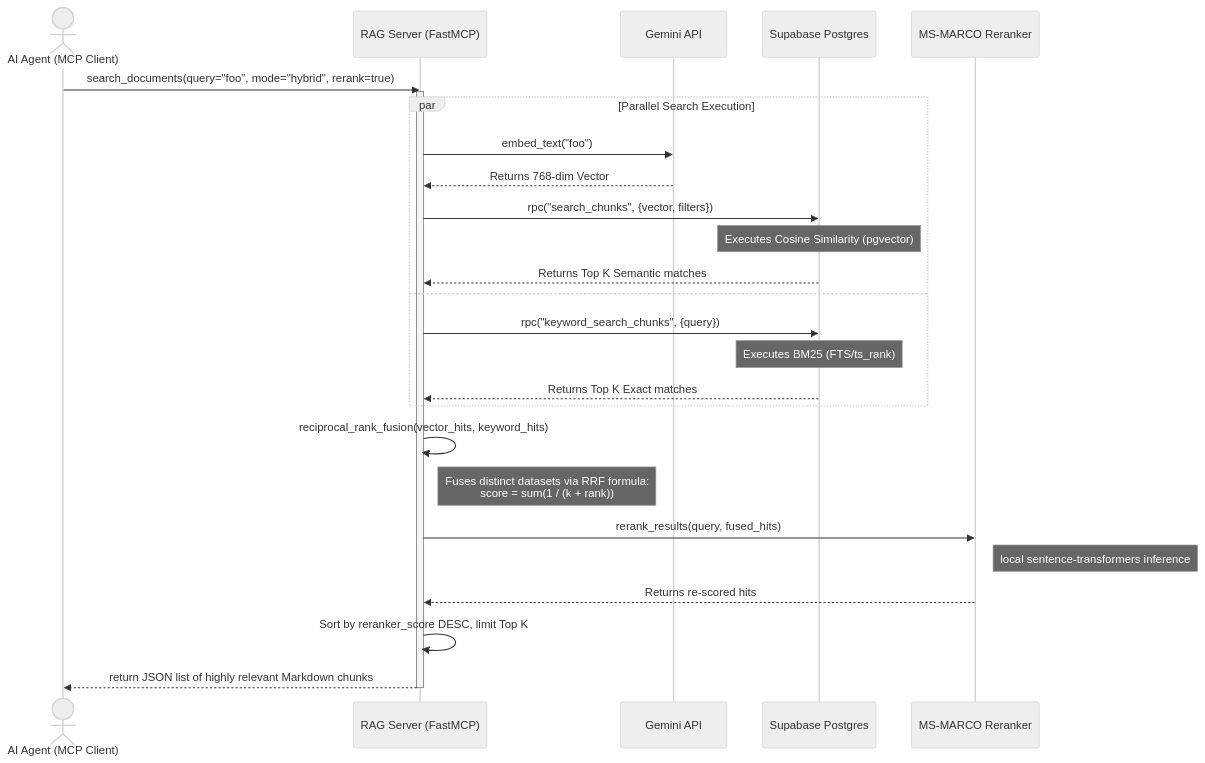
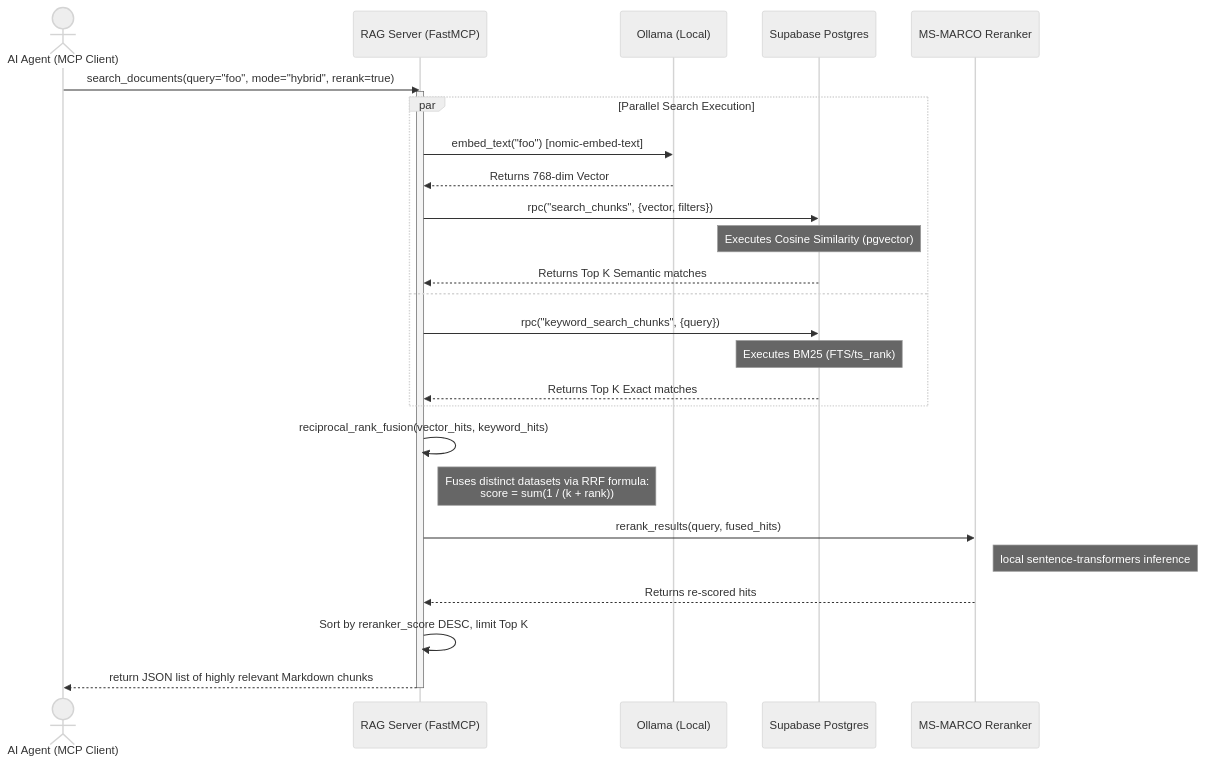
Before and after one commit to salehloke/claude-code-agentic-rag-masterclass: the second of 2 diagrams in docs/sequence_diagrams.md, drawn with Mermaid (neutral theme). The commit also changed other lines of this file and 8 other files, not shown here.

````diff
--- a/docs/sequence_diagrams.md
+++ b/docs/sequence_diagrams.md
@@ -53,38 +53,38 @@
 ```mermaid
 sequenceDiagram
     actor Agent as AI Agent (MCP Client)
     participant MCP as RAG Server (FastMCP)
-    participant Gemini as Gemini API
+    participant Ollama as Ollama (Local)
     participant DB as Supabase Postgres
     participant CrossEncoder as MS-MARCO Reranker
 
     Agent->>MCP: search_documents(query="foo", mode="hybrid", rerank=true)
-    
+
     activate MCP
-    
+
     par Parallel Search Execution
         %% Vector Search Path
-        MCP->>Gemini: embed_text("foo")
-        Gemini-->>MCP: Returns 768-dim Vector
+        MCP->>Ollama: embed_text("foo") [nomic-embed-text]
+        Ollama-->>MCP: Returns 768-dim Vector
         MCP->>DB: rpc("search_chunks", {vector, filters})
         note over DB: Executes Cosine Similarity (pgvector)
         DB-->>MCP: Returns Top K Semantic matches
     and 
         %% Keyword Search Path
         MCP->>DB: rpc("keyword_search_chunks", {query})
         note over DB: Executes BM25 (FTS/ts_rank)
         DB-->>MCP: Returns Top K Exact matches
     end
     
     MCP->>MCP: reciprocal_rank_fusion(vector_hits, keyword_hits)
     note right of MCP: Fuses distinct datasets via RRF formula:<br/>score = sum(1 / (k + rank))
     
     MCP->>CrossEncoder: rerank_results(query, fused_hits)
     note right of CrossEncoder: local sentence-transformers inference
     CrossEncoder-->>MCP: Returns re-scored hits
     
     MCP->>MCP: Sort by reranker_score DESC, limit Top K
     
     MCP-->>Agent: return JSON list of highly relevant Markdown chunks
     deactivate MCP
 ```
````
